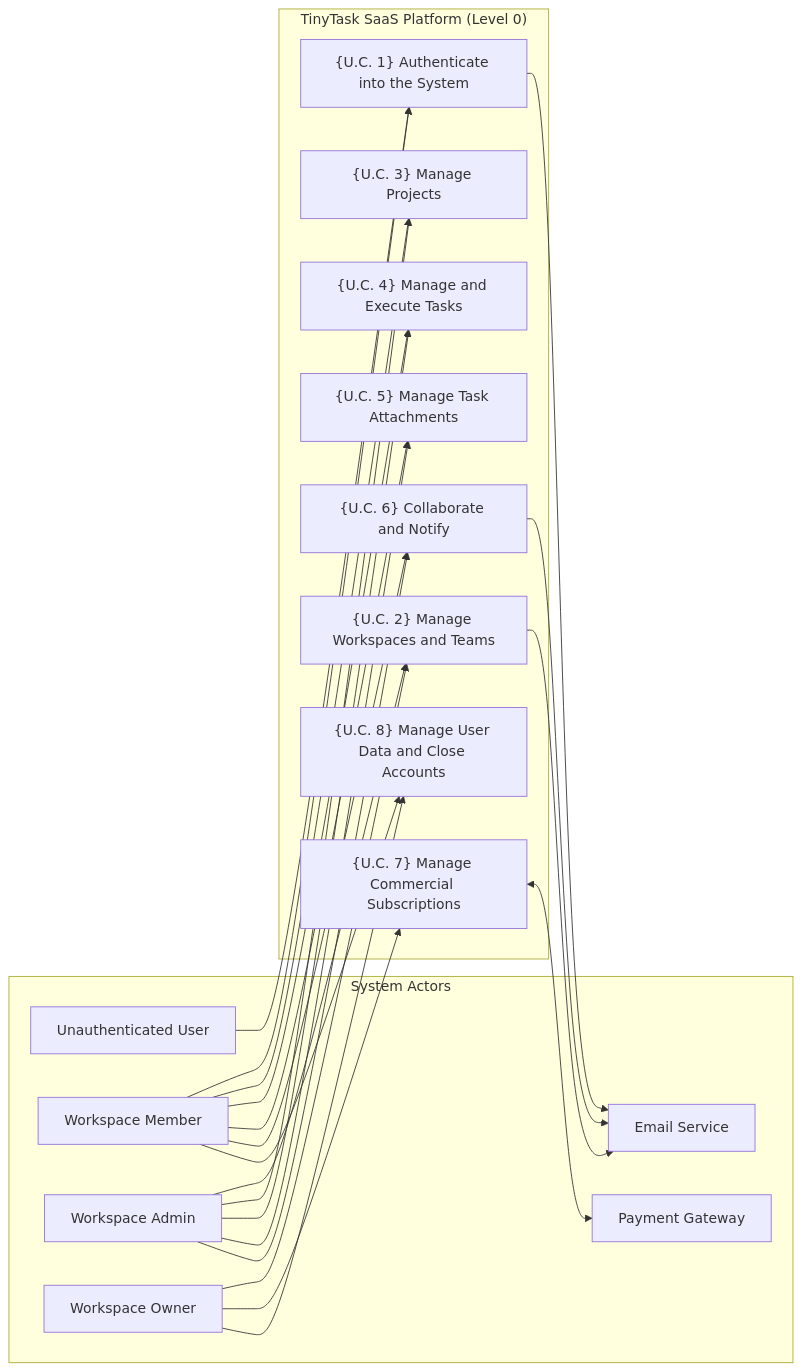
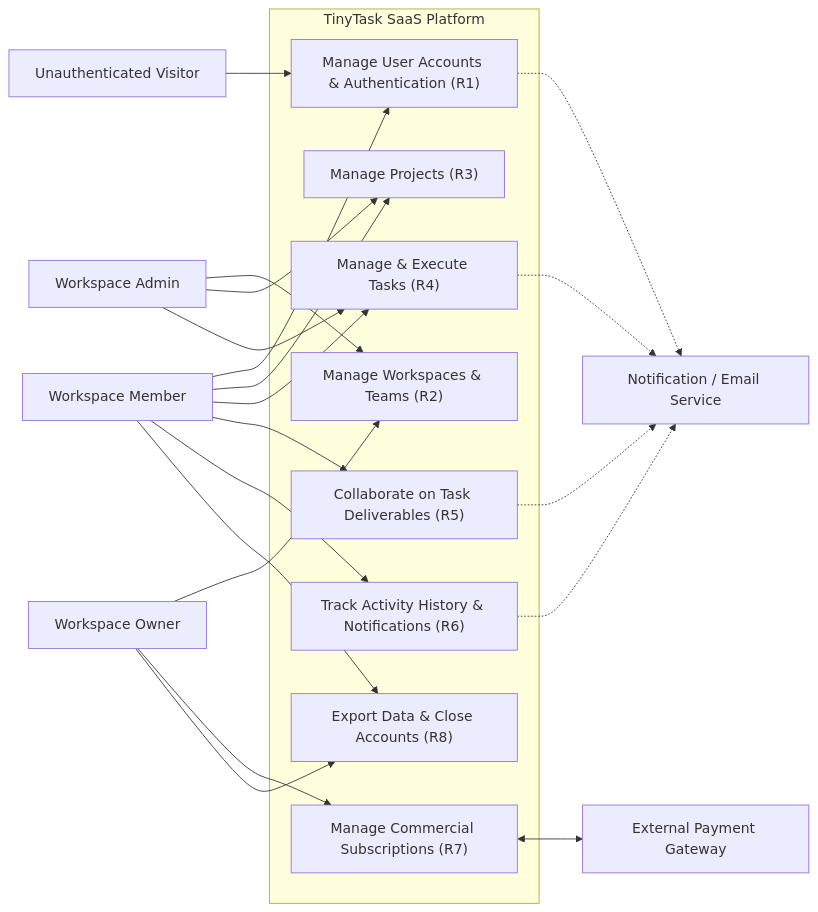
One commit to pauloribeiro16/aegis-mvp changed the diagram in cases/Case_01_TinyTask_SaaS/03_PHASE3_SPEC/Doc01_Requirements_Elicitation_and_PUC.md. Above: the diagram before and after it, drawn with Mermaid. The commit also changed other lines of this file and 1 other file, not shown here.

````diff
--- a/cases/Case_01_TinyTask_SaaS/03_PHASE3_SPEC/Doc01_Requirements_Elicitation_and_PUC.md
+++ b/cases/Case_01_TinyTask_SaaS/03_PHASE3_SPEC/Doc01_Requirements_Elicitation_and_PUC.md
@@ -781,45 +554,40 @@
 ```mermaid
 flowchart LR
-    subgraph Actors["System Actors"]
-        U_Anon["Unauthenticated User"]
-        U_Member["Workspace Member"]
-        U_Admin["Workspace Admin"]
-        U_Owner["Workspace Owner"]
-        S_Pay["Payment Gateway"]
-        S_Email["Email Service"]
+    Visitor["Unauthenticated Visitor"]
+    Member["Workspace Member"]
+    Admin["Workspace Admin"]
+    Owner["Workspace Owner"]
+    Gateway["External Payment Gateway"]
+    Notify["Notification / Email Service"]
+
+    subgraph TinyTask_SaaS["TinyTask SaaS Platform"]
+        R1["Manage User Accounts & Authentication (R1)"]
+        R2["Manage Workspaces & Teams (R2)"]
+        R3["Manage Projects (R3)"]
+        R4["Manage & Execute Tasks (R4)"]
+        R5["Collaborate on Task Deliverables (R5)"]
+        R6["Track Activity History & Notifications (R6)"]
+        R7["Manage Commercial Subscriptions (R7)"]
+        R8["Export Data & Close Accounts (R8)"]
     end
 
-    subgraph System["TinyTask SaaS Platform (Level 0)"]
-        UC1["{U.C. 1} Authenticate into the System"]
-        UC2["{U.C. 2} Manage Workspaces and Teams"]
-        UC3["{U.C. 3} Manage Projects"]
-        UC4["{U.C. 4} Manage and Execute Tasks"]
-        UC5["{U.C. 5} Manage Task Attachments"]
-        UC6["{U.C. 6} Collaborate and Notify"]
-        UC7["{U.C. 7} Manage Commercial Subscriptions"]
-        UC8["{U.C. 8} Manage User Data and Close Accounts"]
-    end
+    Visitor --> R1
+    Member --> R1
+    Member --> R3
+    Member --> R4
+    Member --> R5
+    Member --> R6
+    Member --> R8
+    Admin --> R2
+    Admin --> R3
+    Admin --> R4
+    Owner --> R2
+    Owner --> R7
+    Owner --> R8
 
-    U_Anon --> UC1
-    U_Member --> UC1
-    U_Member --> UC3
-    U_Member --> UC4
-    U_Member --> UC5
-    U_Member --> UC6
-    U_Member --> UC8
-
-    U_Admin --> UC2
-    U_Admin --> UC3
-    U_Admin --> UC4
-    U_Admin --> UC5
-    U_Admin --> UC6
-
-    U_Owner --> UC2
-    U_Owner --> UC7
-    U_Owner --> UC8
-
-    UC1 --> S_Email
-    UC2 --> S_Email
-    UC6 --> S_Email
-    UC7 <--> S_Pay
+    R1 -.-> Notify
+    R4 -.-> Notify
+    R5 -.-> Notify
+    R6 -.-> Notify
+    R7 <--> Gateway
 ```
````
